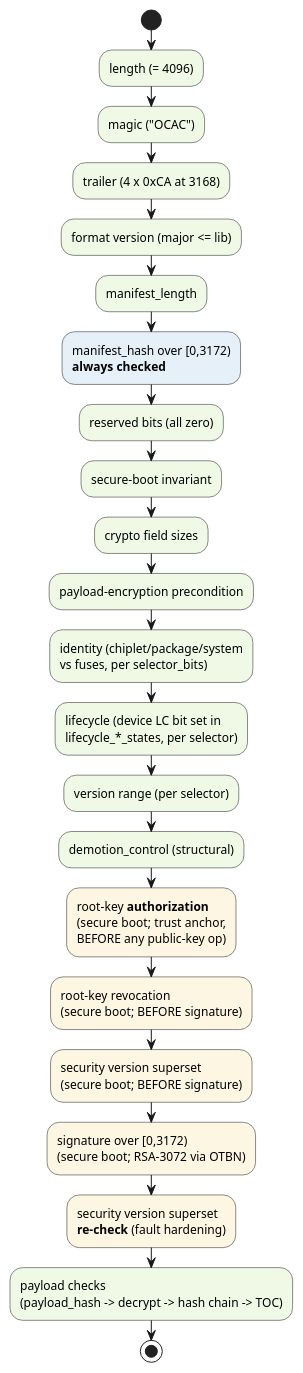
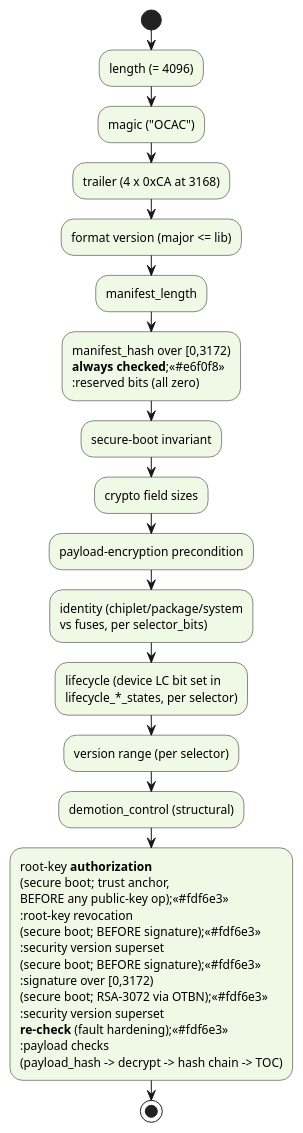
The eighth of 15 diagrams in hw/sys/sep/bootrom/prod/doc/rom.adoc (tenstorrent/tt-oca-harness), drawn with PlantUML before and after one commit. The commit also changed other lines of this file, not shown here.

First line of the commit message:
sep/doc: use the current PlantUML activity-colour syntax

```diff
--- a/hw/sys/sep/bootrom/prod/doc/rom.adoc
+++ b/hw/sys/sep/bootrom/prod/doc/rom.adoc
@@ -1478,38 +1478,38 @@
 [plantuml,manifest-validate-order,svg]
 ----
 @startuml
 skinparam ActivityBackgroundColor #f0f8e6
 start
 :length (= 4096);
 :magic ("OCAC");
 :trailer (4 x 0xCA at 3168);
 :format version (major <= lib);
 :manifest_length;
-#e6f0f8:manifest_hash over [0,3172)
-**always checked**;
+:manifest_hash over [0,3172)
+**always checked**;<<#e6f0f8>>
 :reserved bits (all zero);
 :secure-boot invariant;
 :crypto field sizes;
 :payload-encryption precondition;
 :identity (chiplet/package/system
 vs fuses, per selector_bits);
 :lifecycle (device LC bit set in
 lifecycle_*_states, per selector);
 :version range (per selector);
 :demotion_control (structural);
-#fdf6e3:root-key **authorization**
+:root-key **authorization**
 (secure boot; trust anchor,
-BEFORE any public-key op);
-#fdf6e3:root-key revocation
-(secure boot; BEFORE signature);
-#fdf6e3:security version superset
-(secure boot; BEFORE signature);
-#fdf6e3:signature over [0,3172)
-(secure boot; RSA-3072 via OTBN);
-#fdf6e3:security version superset
-**re-check** (fault hardening);
+BEFORE any public-key op);<<#fdf6e3>>
+:root-key revocation
+(secure boot; BEFORE signature);<<#fdf6e3>>
+:security version superset
+(secure boot; BEFORE signature);<<#fdf6e3>>
+:signature over [0,3172)
+(secure boot; RSA-3072 via OTBN);<<#fdf6e3>>
+:security version superset
+**re-check** (fault hardening);<<#fdf6e3>>
 :payload checks
 (payload_hash -> decrypt -> hash chain -> TOC);
 stop
 @enduml
 ----
```
